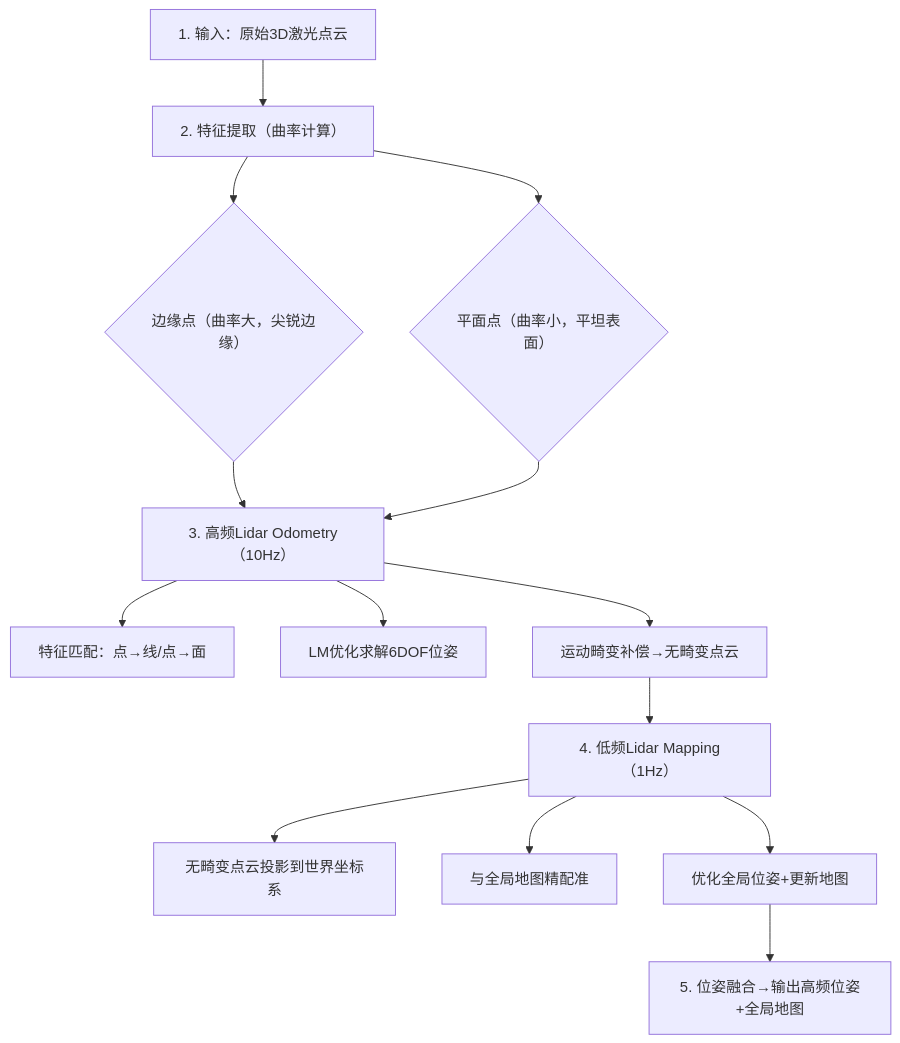
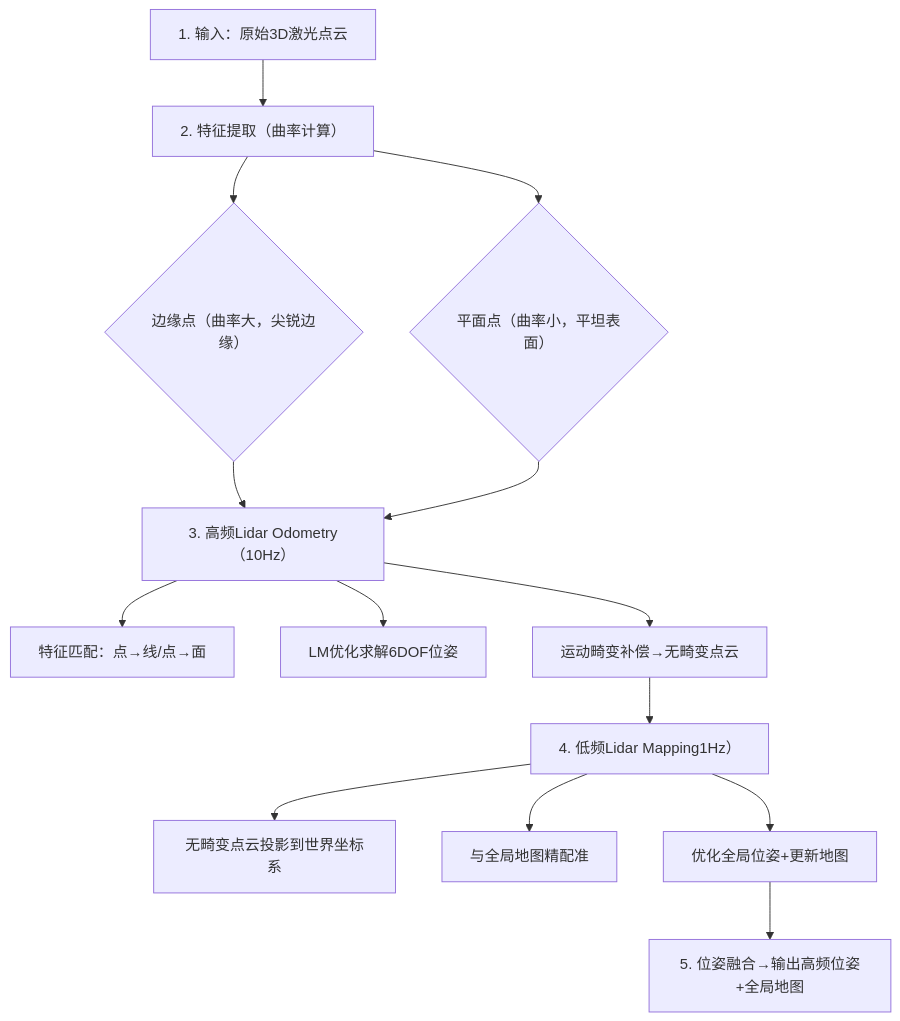
Before and after one commit to Siliciumdioxid/iodraw-files: the diagram in all/未命名.md, drawn with Mermaid.

Commit message:
2026-04-03 10:42:10 update

````diff
--- a/all/未命名.md
+++ b/all/未命名.md
@@ -1,17 +1,17 @@
 ```mermaid
 graph TD
     A[1. 输入：原始3D激光点云] --> B[2. 特征提取（曲率计算）]
     B --> C{边缘点（曲率大，尖锐边缘）}
     B --> D{平面点（曲率小，平坦表面）}
     C --> E[3. 高频Lidar Odometry（10Hz）]
     D --> E
     E --> F["特征匹配：点→线/点→面"]
     E --> G[LM优化求解6DOF位姿]
     E --> H[运动畸变补偿→无畸变点云]
-    H --> I[4. 低频Lidar Mapping（1Hz）]
+    H --> I[4. 低频Lidar Mapping1Hz）]
     I --> J[无畸变点云投影到世界坐标系]
     I --> K[与全局地图精配准]
     I --> L[优化全局位姿+更新地图]
     L --> M[5. 位姿融合→输出高频位姿+全局地图]
 
 ```
````
